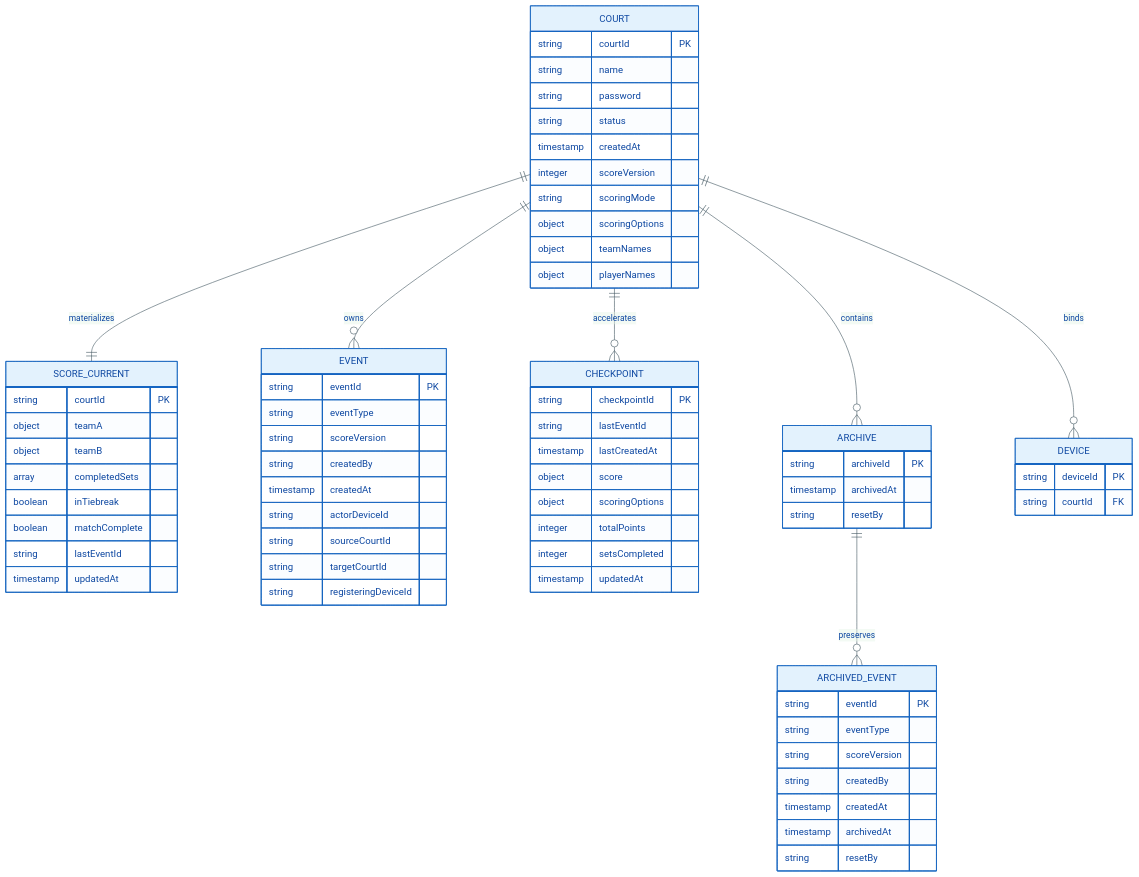
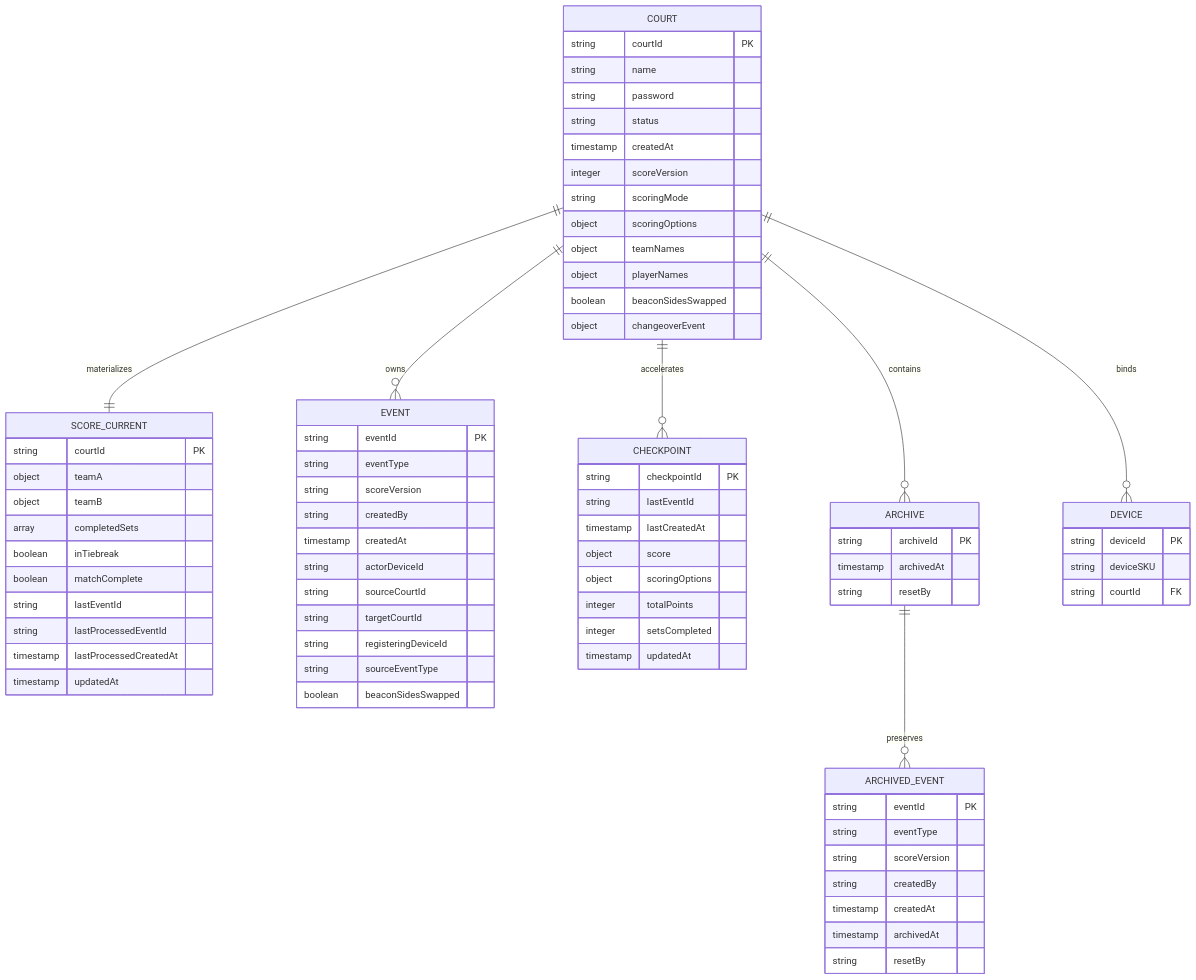
The diagram in docs/PP_Data_Model.mmd (creepyLANguy/PuntoPrototype), drawn with Mermaid before and after one commit.

Commit message:
docs: update current architecture and Mermaid diagrams

```diff
--- a/docs/PP_Data_Model.mmd
+++ b/docs/PP_Data_Model.mmd
@@ -1,90 +1,82 @@
----
-config:
-    theme: base
-    themeVariables:
-        primaryColor: '#E3F2FD'
-        primaryBorderColor: '#1565C0'
-        primaryTextColor: '#0D47A1'
-        lineColor: '#455A64'
-        secondaryColor: '#FFF3E0'
-        tertiaryColor: '#E8F5E9'
----
-
-%% The model is court-centric. ARCHIVE is a path segment in
-%% courts/{courtId}/archive/{archiveId}/events, not a standalone document.
-
 erDiagram
     COURT {
         string courtId PK
         string name
         string password
         string status
         timestamp createdAt
         integer scoreVersion
         string scoringMode
         object scoringOptions
         object teamNames
         object playerNames
+        boolean beaconSidesSwapped
+        object changeoverEvent
     }
 
     SCORE_CURRENT {
         string courtId PK
         object teamA
         object teamB
         array completedSets
         boolean inTiebreak
         boolean matchComplete
         string lastEventId
+        string lastProcessedEventId
+        timestamp lastProcessedCreatedAt
         timestamp updatedAt
     }
 
     EVENT {
         string eventId PK
         string eventType
         string scoreVersion
         string createdBy
         timestamp createdAt
         string actorDeviceId
         string sourceCourtId
         string targetCourtId
         string registeringDeviceId
+        string sourceEventType
+        boolean beaconSidesSwapped
     }
 
     CHECKPOINT {
         string checkpointId PK
         string lastEventId
         timestamp lastCreatedAt
         object score
         object scoringOptions
         integer totalPoints
         integer setsCompleted
         timestamp updatedAt
     }
 
     ARCHIVE {
         string archiveId PK
         timestamp archivedAt
         string resetBy
     }
 
     ARCHIVED_EVENT {
         string eventId PK
         string eventType
         string scoreVersion
         string createdBy
         timestamp createdAt
         timestamp archivedAt
         string resetBy
     }
 
     DEVICE {
         string deviceId PK
+        string deviceSKU
         string courtId FK
     }
 
     COURT ||--|| SCORE_CURRENT : materializes
     COURT ||--o{ EVENT : owns
     COURT ||--o{ CHECKPOINT : accelerates
     COURT ||--o{ ARCHIVE : contains
     ARCHIVE ||--o{ ARCHIVED_EVENT : preserves
     COURT ||--o{ DEVICE : binds
```
